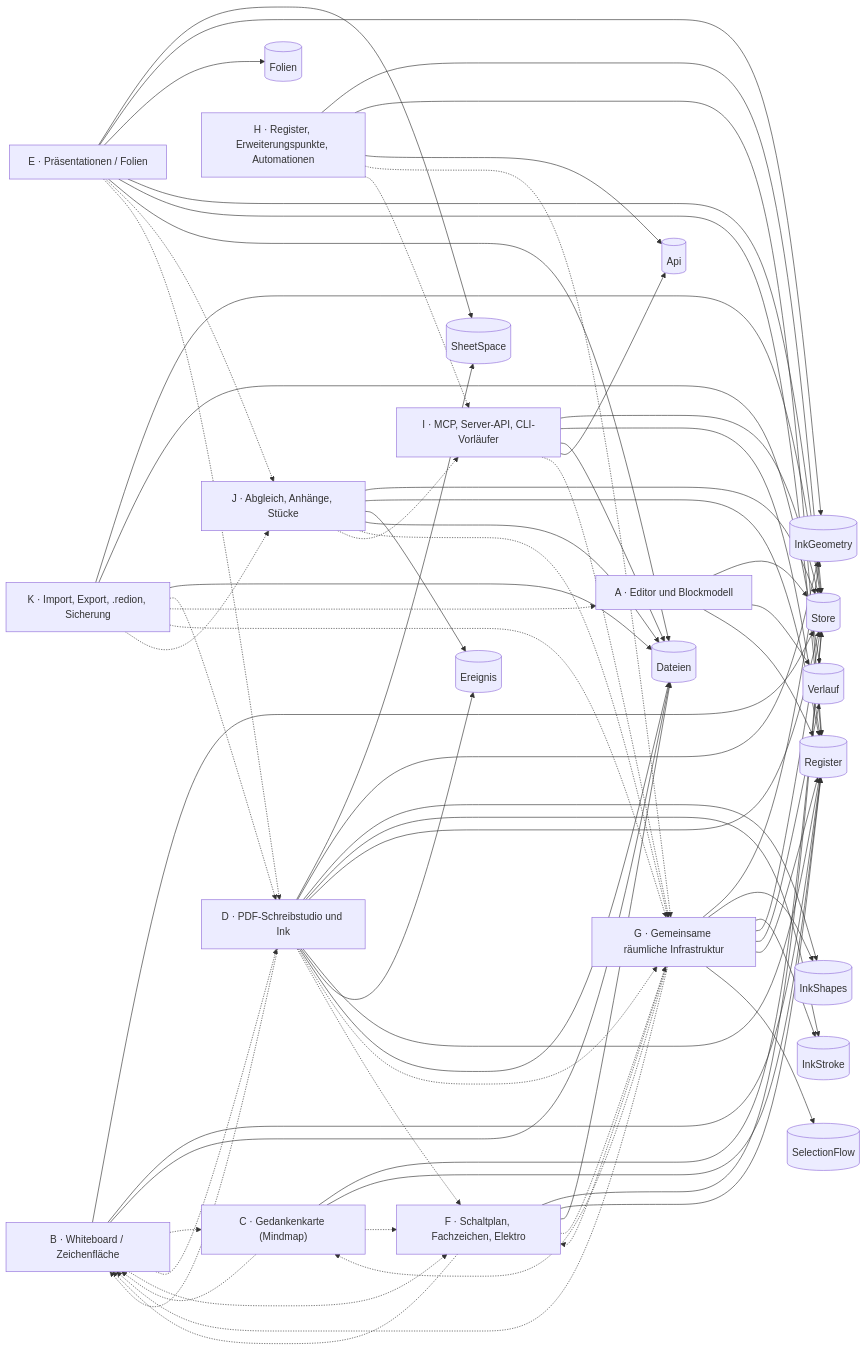
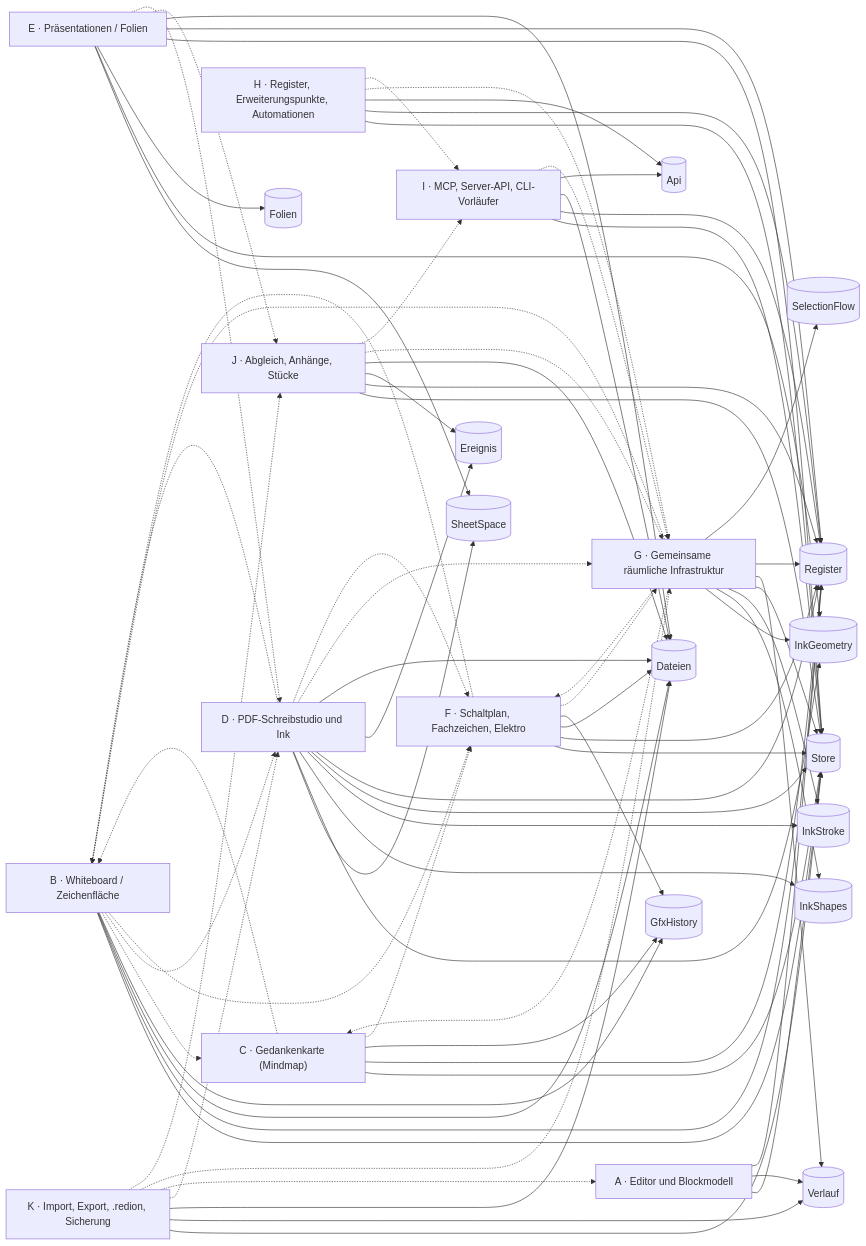
Before and after one commit to Redurbabat/Redion: the diagram in doku/karte/Redion.md, drawn with Mermaid. The commit also changed other lines of this file and 26 other files, not shown here.

```diff
--- a/doku/karte/Redion.md
+++ b/doku/karte/Redion.md
@@ -27,6 +27,7 @@
   Ereignis[("Ereignis")]
   Dateien[("Dateien")]
   Api[("Api")]
+  GfxHistory[("GfxHistory")]
   editor["A · Editor und Blockmodell"]
   zeichenflaeche["B · Whiteboard / Zeichenfläche"]
   gedankenkarte["C · Gedankenkarte (Mindmap)"]
@@ -44,11 +45,13 @@
   zeichenflaeche --> Store
   zeichenflaeche --> Register
   zeichenflaeche --> Dateien
+  zeichenflaeche --> GfxHistory
   zeichenflaeche -.-> gedankenkarte
   zeichenflaeche -.-> pdf
   zeichenflaeche -.-> elektro
   gedankenkarte --> Store
   gedankenkarte --> Register
+  gedankenkarte --> GfxHistory
   gedankenkarte -.-> zeichenflaeche
   gedankenkarte -.-> elektro
   pdf --> SheetSpace
@@ -73,6 +76,7 @@
   elektro --> Store
   elektro --> Register
   elektro --> Dateien
+  elektro --> GfxHistory
   elektro -.-> gemeinsam
   elektro -.-> zeichenflaeche
   gemeinsam --> InkGeometry
```
